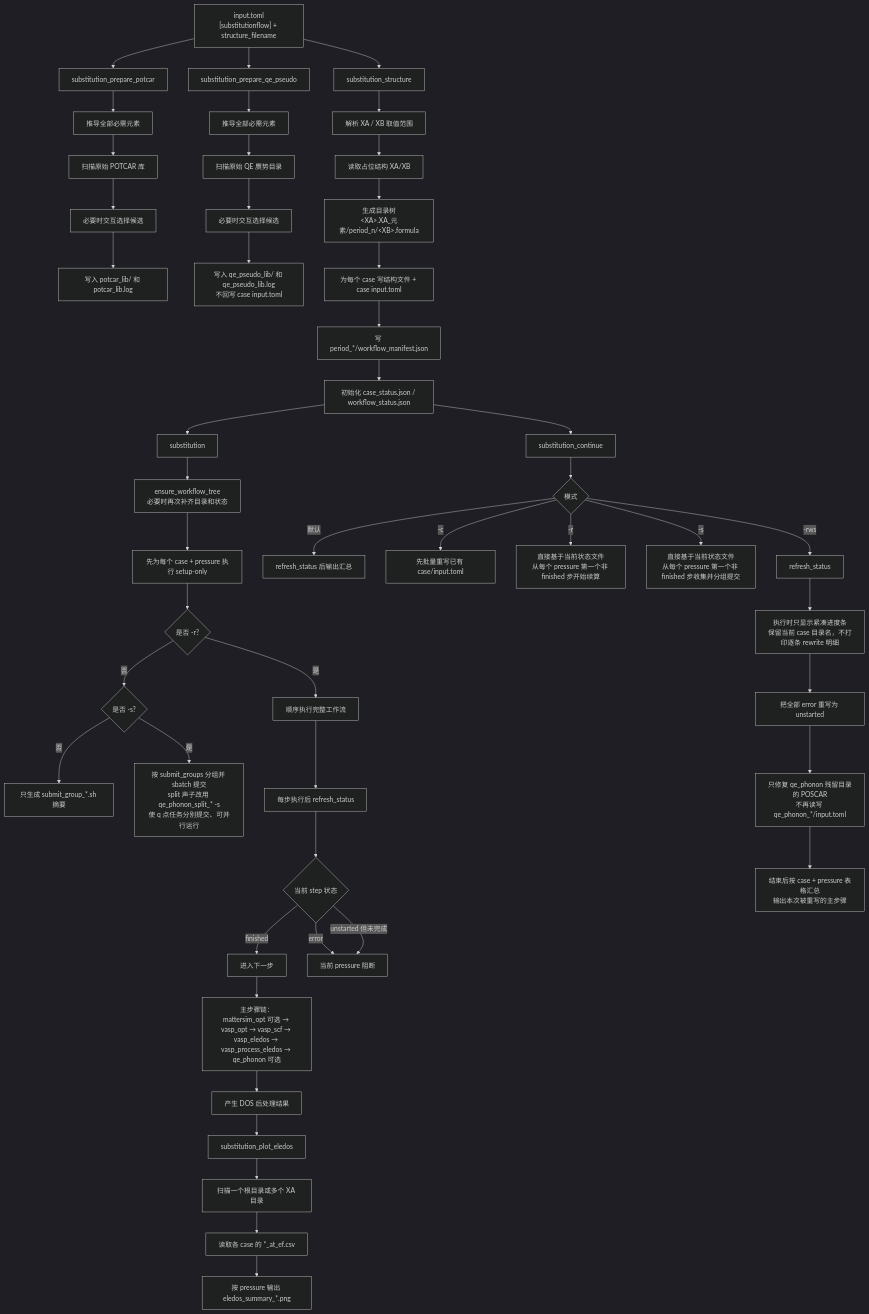
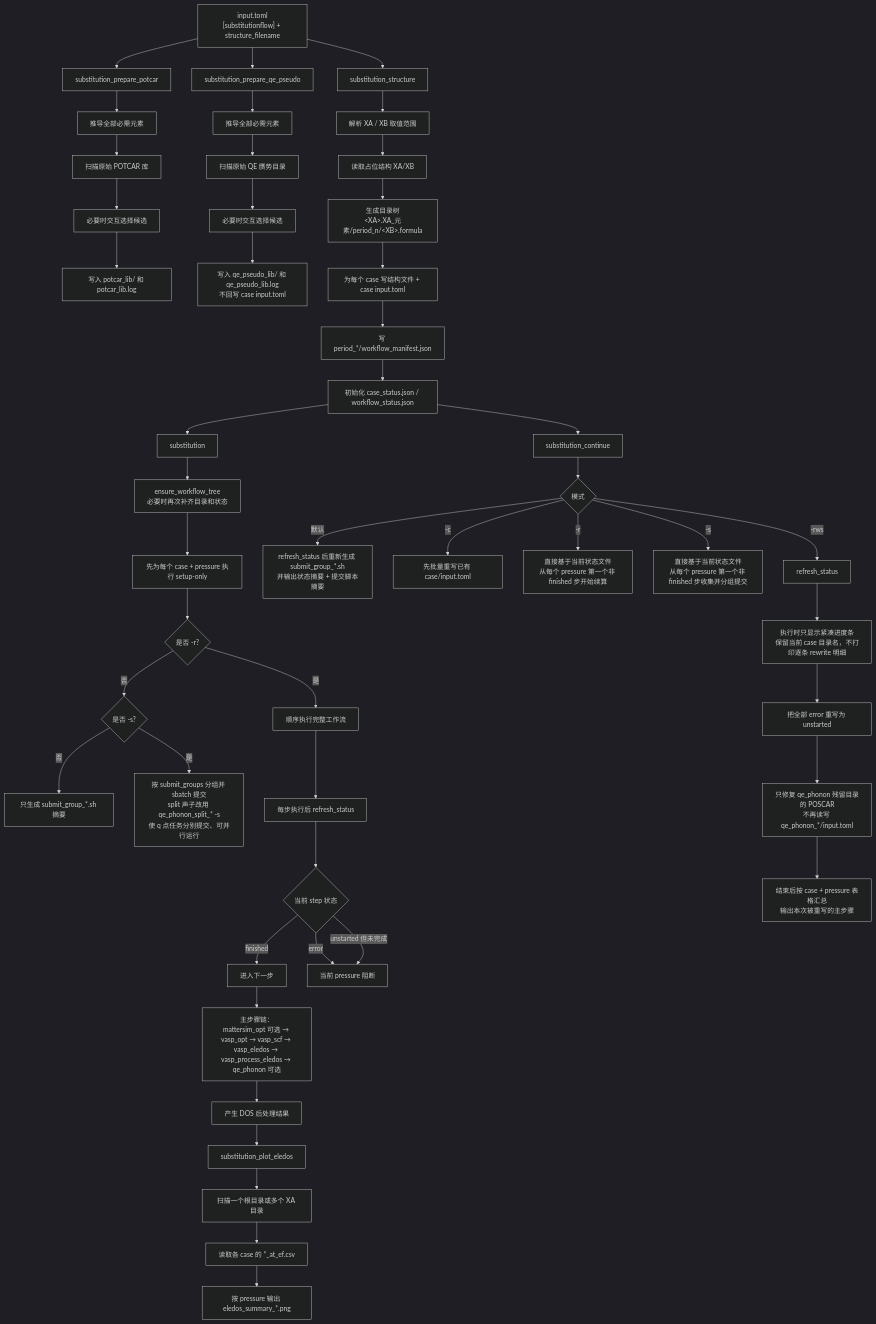
One commit to JLU-ICCMS-MaYuan/dftflow changed the diagram in substitutionflow/substitutionflow-cli-flow.mmd. Above: the diagram before and after it, drawn with Mermaid (dark theme). The commit also changed 3 other files, not shown here.

```diff
--- a/substitutionflow/substitutionflow-cli-flow.mmd
+++ b/substitutionflow/substitutionflow-cli-flow.mmd
@@ -1,59 +1,59 @@
 ---
 id: 61c1c106-7cba-4135-88e9-749bc5ab8a44
 ---
 flowchart TD
     A["input.toml<br/>[substitutionflow] + structure_filename"] --> B["substitution_structure"]
     A --> C["substitution_prepare_potcar"]
     A --> D["substitution_prepare_qe_pseudo"]
 
     C --> C1["推导全部必需元素"]
     C1 --> C2["扫描原始 POTCAR 库"]
     C2 --> C3["必要时交互选择候选"]
     C3 --> C4["写入 potcar_lib/ 和 potcar_lib.log"]
 
     D --> D1["推导全部必需元素"]
     D1 --> D2["扫描原始 QE 赝势目录"]
     D2 --> D3["必要时交互选择候选"]
     D3 --> D4["写入 qe_pseudo_lib/ 和 qe_pseudo_lib.log<br/>不回写 case input.toml"]
 
     B --> B1["解析 XA / XB 取值范围"]
     B1 --> B2["读取占位结构 XA/XB"]
     B2 --> B3["生成目录树<br/>&lt;XA&gt;.XA_元素/period_n/&lt;XB&gt;.formula"]
     B3 --> B4["为每个 case 写结构文件 + case input.toml"]
     B4 --> B5["写 period_*/workflow_manifest.json"]
     B5 --> B6["初始化 case_status.json / workflow_status.json"]
 
     B6 --> E["substitution"]
 
     E --> E1["ensure_workflow_tree<br/>必要时再次补齐目录和状态"]
     E1 --> E2["先为每个 case + pressure 执行 setup-only"]
     E2 --> E3{"是否 -r?"}
     E3 -->|否| E4{"是否 -s?"}
     E3 -->|是| F["顺序执行完整工作流"]
     E4 -->|否| E5["只生成 submit_group_*.sh 摘要"]
     E4 -->|是| E6["按 submit_groups 分组并 sbatch 提交<br/>split 声子改用 qe_phonon_split_* -s<br/>使 q 点任务分别提交、可并行运行"]
 
     F --> F1["每步执行后 refresh_status"]
     F1 --> F2{"当前 step 状态"}
     F2 -->|finished| F3["进入下一步"]
     F2 -->|error| F4["当前 pressure 阻断"]
     F2 -->|unstarted 但未完成| F4
     F3 --> F5["主步骤链：<br/>mattersim_opt 可选 → vasp_opt → vasp_scf → vasp_eledos → vasp_process_eledos → qe_phonon 可选"]
 
     B6 --> G["substitution_continue"]
     G --> G1{"模式"}
-    G1 -->|默认| G2["refresh_status 后输出汇总"]
+    G1 -->|默认| G2["refresh_status 后重新生成 submit_group_*.sh<br/>并输出状态摘要 + 提交脚本摘要"]
     G1 -->| -c | G2A["先批量重写已有 case/input.toml"]
     G1 -->| -r | G3["直接基于当前状态文件<br/>从每个 pressure 第一个非 finished 步开始续算"]
     G1 -->| -s | G4["直接基于当前状态文件<br/>从每个 pressure 第一个非 finished 步收集并分组提交"]
     G1 -->| -rws | G5["refresh_status"]
     G5 --> G6["执行时只显示紧凑进度条<br/>保留当前 case 目录名，不打印逐条 rewrite 明细"]
     G6 --> G7["把全部 error 重写为 unstarted"]
     G7 --> G8["只修复 qe_phonon 残留目录的 POSCAR<br/>不再读写 qe_phonon_*/input.toml"]
     G8 --> G9["结束后按 case + pressure 表格汇总<br/>输出本次被重写的主步骤"]
 
     F5 --> H["产生 DOS 后处理结果"]
     H --> I["substitution_plot_eledos"]
     I --> I1["扫描一个根目录或多个 XA 目录"]
     I1 --> I2["读取各 case 的 *_at_ef.csv"]
     I2 --> I3["按 pressure 输出 eledos_summary_*.png"]
```
